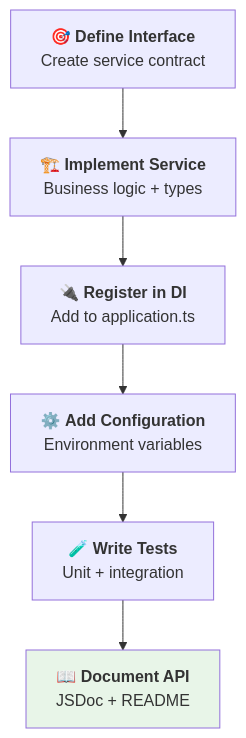
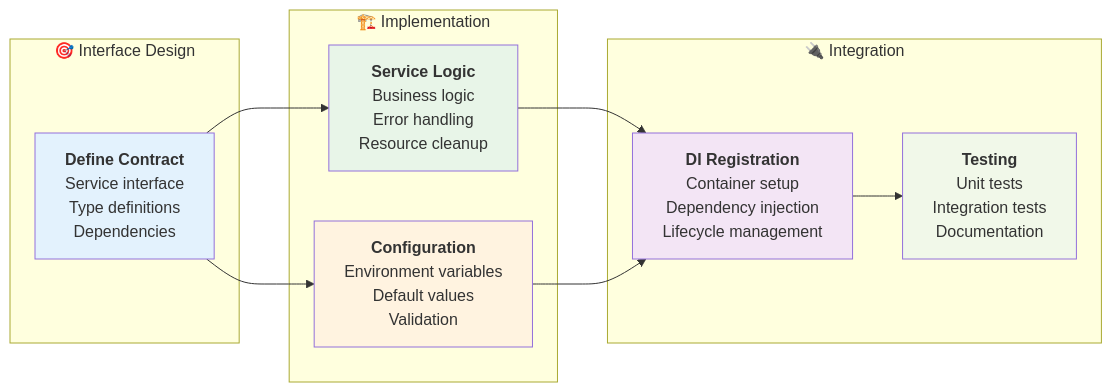
One commit to Surebob/discord-claude changed the tenth of 13 diagrams in README.md. Above: the diagram before and after it, drawn with Mermaid. The commit also changed other lines of this file, not shown here.

````diff
--- a/README.md
+++ b/README.md
@@ -561,20 +529,45 @@
 ```mermaid
-graph TD
-    A["`🎯 **Define Interface**
-    Create service contract`"] --> B["`🏗️ **Implement Service**
-    Business logic + types`"]
+graph LR
+    subgraph "🎯 Interface Design"
+        Interface["`**Define Contract**
+        Service interface
+        Type definitions
+        Dependencies`"]
+    end
     
-    B --> C["`🔌 **Register in DI**
-    Add to application.ts`"]
+    subgraph "🏗️ Implementation"
+        Service["`**Service Logic**
+        Business logic
+        Error handling
+        Resource cleanup`"]
+        
+        Config["`**Configuration**
+        Environment variables
+        Default values
+        Validation`"]
+    end
     
-    C --> D["`⚙️ **Add Configuration**
-    Environment variables`"]
+    subgraph "🔌 Integration"
+        DI["`**DI Registration**
+        Container setup
+        Dependency injection
+        Lifecycle management`"]
+        
+        Tests["`**Testing**
+        Unit tests
+        Integration tests
+        Documentation`"]
+    end
     
-    D --> E["`🧪 **Write Tests**
-    Unit + integration`"]
+    Interface --> Service
+    Interface --> Config
+    Service --> DI
+    Config --> DI
+    DI --> Tests
     
-    E --> F["`📖 **Document API**
-    JSDoc + README`"]
-    
-    style F fill:#e8f5e8
+    style Interface fill:#e3f2fd
+    style Service fill:#e8f5e8
+    style Config fill:#fff3e0
+    style DI fill:#f3e5f5
+    style Tests fill:#f1f8e9
 ```
````
